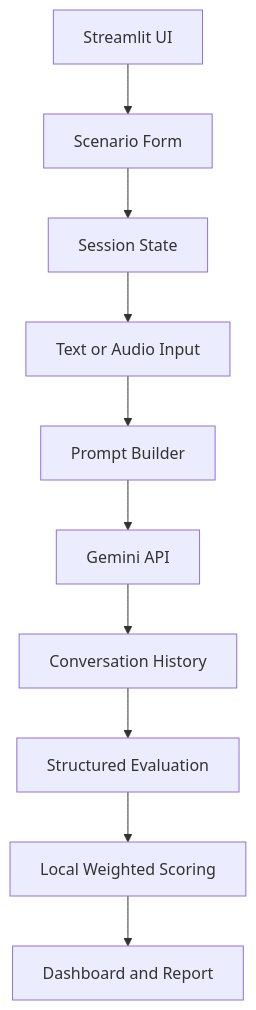
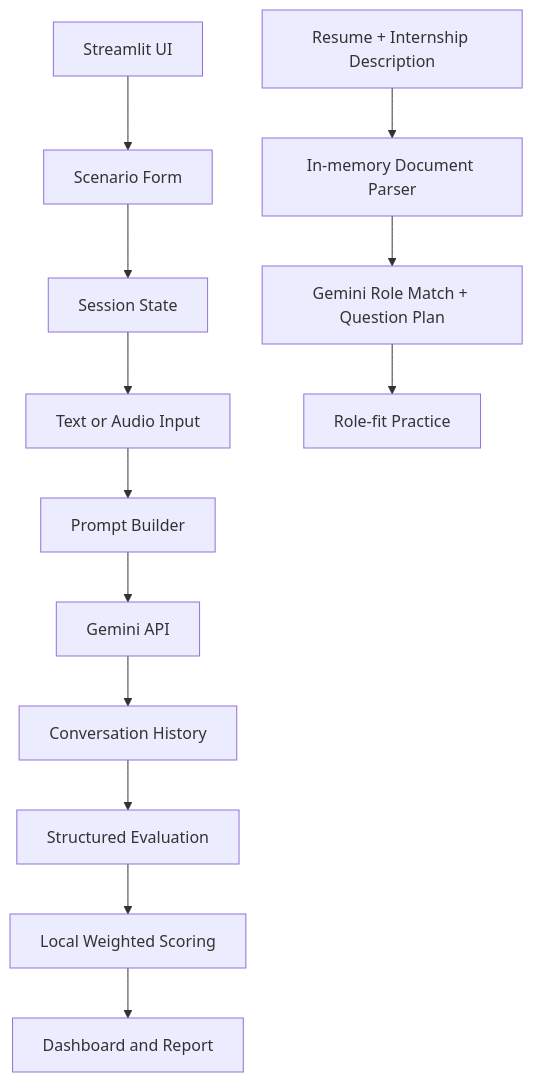
One commit to Himanshu90909/careercoach-ai changed the diagram in README.md. Above: the diagram before and after it, drawn with Mermaid. The commit also changed other lines of this file and 2 other files, not shown here.

````diff
--- a/README.md
+++ b/README.md
@@ -17,12 +17,15 @@
 ```mermaid
 flowchart TD
     UI[Streamlit UI] --> FORM[Scenario Form]
     FORM --> STATE[Session State]
     STATE --> INPUT[Text or Audio Input]
+    UPLOAD[Resume + Internship Description] --> PARSE[In-memory Document Parser]
+    PARSE --> MATCH[Gemini Role Match + Question Plan]
+    MATCH --> ROLEFIT[Role-fit Practice]
     INPUT --> PROMPT[Prompt Builder]
     PROMPT --> GEMINI[Gemini API]
     GEMINI --> TRANSCRIPT[Conversation History]
     TRANSCRIPT --> EVAL[Structured Evaluation]
     EVAL --> SCORE[Local Weighted Scoring]
     SCORE --> DASH[Dashboard and Report]
 ```
````
